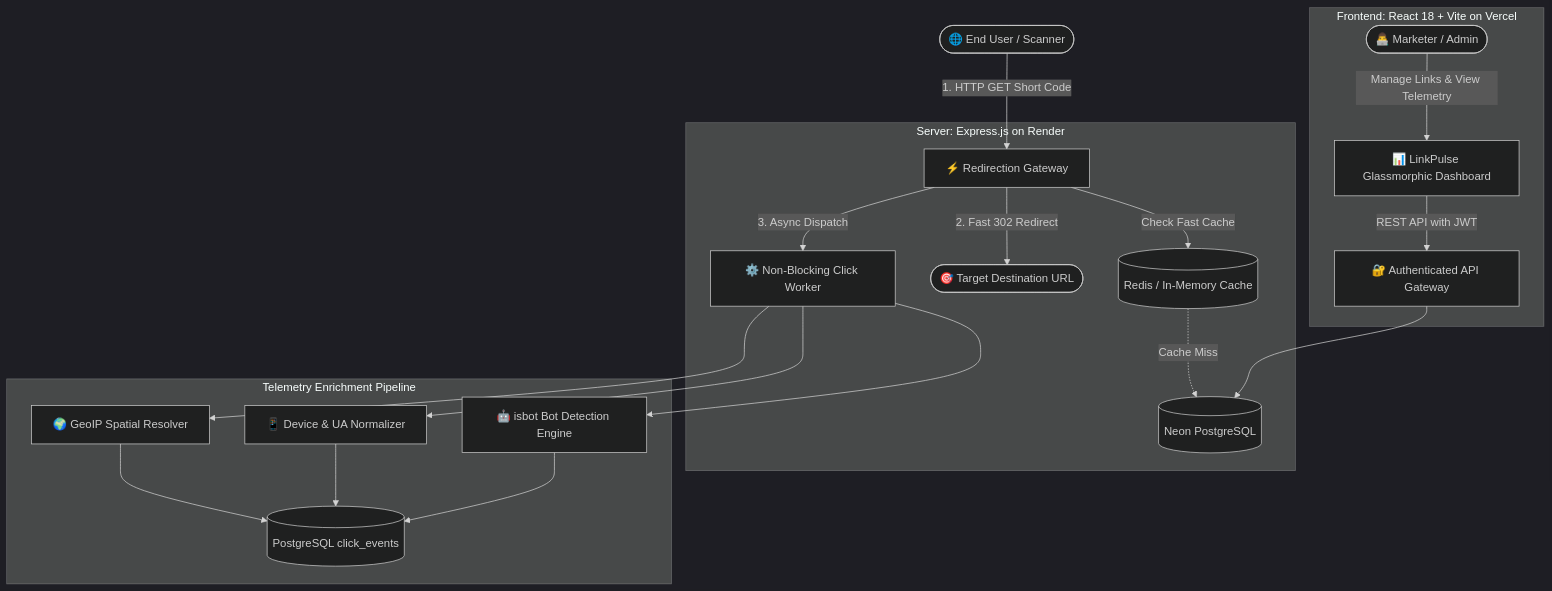
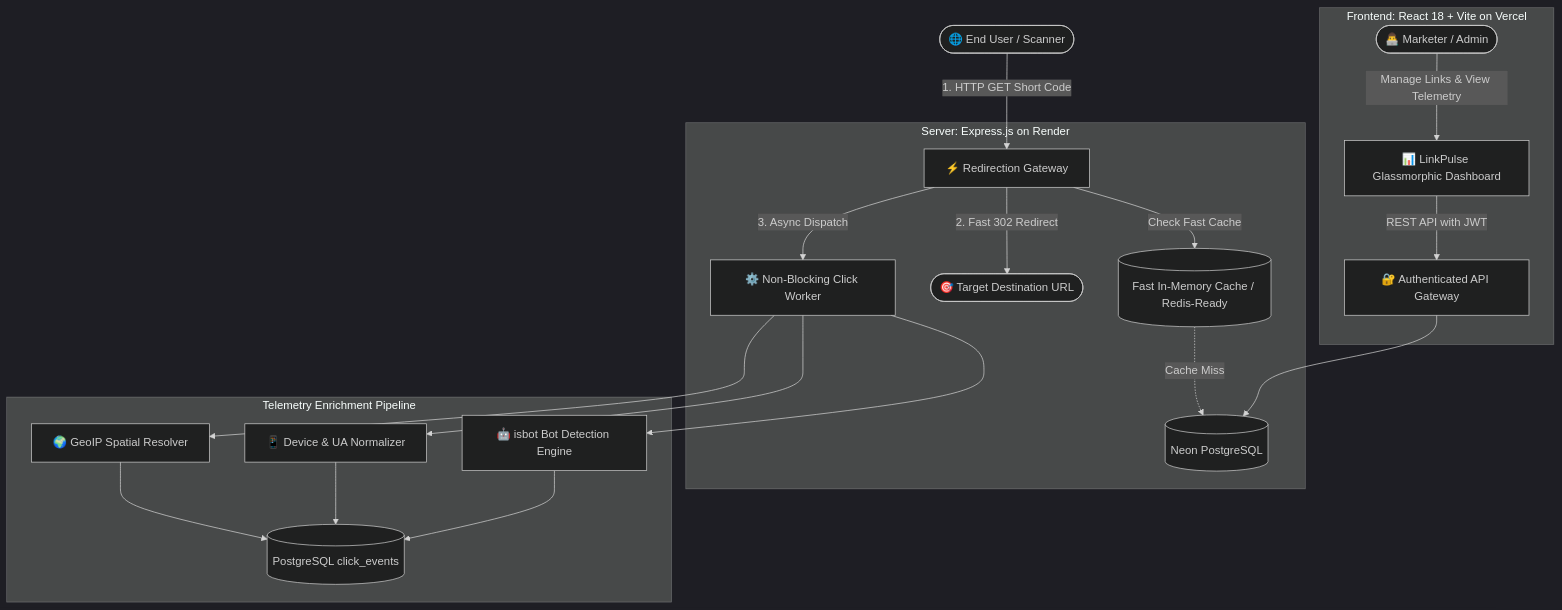
One commit to SakshamPantola/LinkPulse changed the first of 4 diagrams in README.md. Above: the diagram before and after it, drawn with Mermaid (dark theme). The commit also changed other lines of this file and 15 other files, not shown here.

````diff
--- a/README.md
+++ b/README.md
@@ -99,24 +101,24 @@
 ```mermaid
 flowchart TD
     User([🌐 End User / Scanner]) -->|1. HTTP GET Short Code| RedirectEngine[⚡ Redirection Gateway]
     
     subgraph Backend [Server: Express.js on Render]
-        RedirectEngine -->|Check Fast Cache| Cache[(Redis / In-Memory Cache)]
+        RedirectEngine -->|Check Fast Cache| Cache[(Fast In-Memory Cache / Redis-Ready)]
         Cache -.->|Cache Miss| DB[(Neon PostgreSQL)]
         RedirectEngine -->|2. Fast 302 Redirect| Dest([🎯 Target Destination URL])
         RedirectEngine -->|3. Async Dispatch| Worker[⚙️ Non-Blocking Click Worker]
     end
 
     subgraph AnalyticsPipeline [Telemetry Enrichment Pipeline]
         Worker --> Geo[🌍 GeoIP Spatial Resolver]
         Worker --> UA[📱 Device & UA Normalizer]
         Worker --> Bot[🤖 isbot Bot Detection Engine]
         Geo & UA & Bot --> Ingest[(PostgreSQL click_events)]
     end
 
     subgraph ClientApp [Frontend: React 18 + Vite on Vercel]
         Marketer([👨‍💻 Marketer / Admin]) -->|Manage Links & View Telemetry| Dashboard[📊 LinkPulse Glassmorphic Dashboard]
         Dashboard -->|REST API with JWT| AuthAPI[🔐 Authenticated API Gateway]
         AuthAPI --> DB
     end
 ```
````
